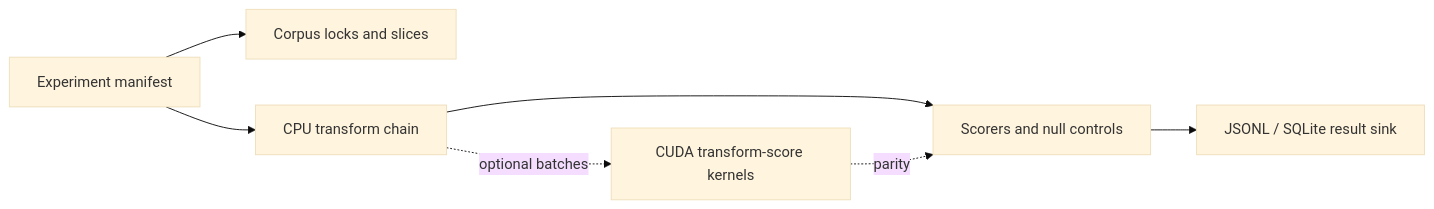
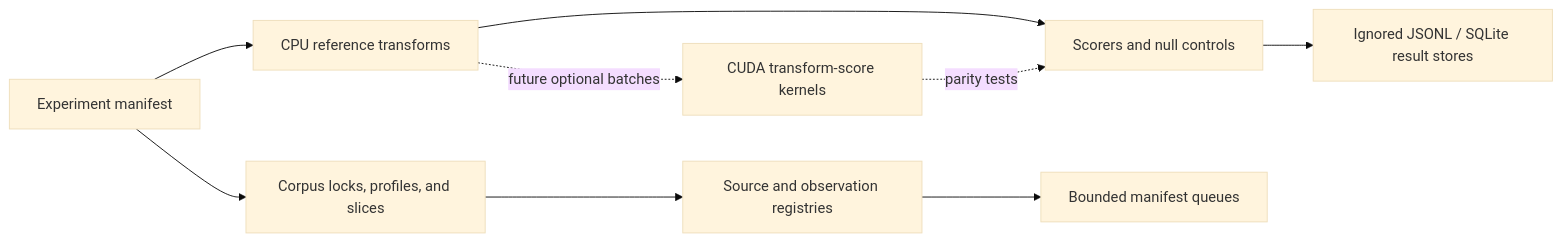
One commit to NoxxGames/LiberPrimus-GPU changed the diagram in ARCHITECTURE.md. Above: the diagram before and after it, drawn with Mermaid (base theme). The commit also changed other lines of this file and 40 other files, not shown here.

````diff
--- a/ARCHITECTURE.md
+++ b/ARCHITECTURE.md
@@ -13,9 +15,11 @@
 ```mermaid
 flowchart LR
-    Manifest["Experiment manifest"] --> Corpus["Corpus locks and slices"]
-    Manifest --> Transforms["CPU transform chain"]
+    Manifest["Experiment manifest"] --> Corpus["Corpus locks, profiles, and slices"]
+    Manifest --> Transforms["CPU reference transforms"]
     Transforms --> Scorers["Scorers and null controls"]
-    Scorers --> Results["JSONL / SQLite result sink"]
-    Transforms -. optional batches .-> CUDA["CUDA transform-score kernels"]
-    CUDA -. parity .-> Scorers
+    Scorers --> Results["Ignored JSONL / SQLite result stores"]
+    Corpus --> Registries["Source and observation registries"]
+    Registries --> Manifests["Bounded manifest queues"]
+    Transforms -. future optional batches .-> CUDA["CUDA transform-score kernels"]
+    CUDA -. parity tests .-> Scorers
 ```
````
